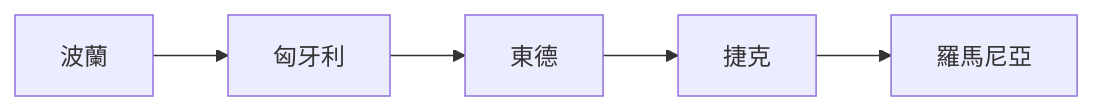
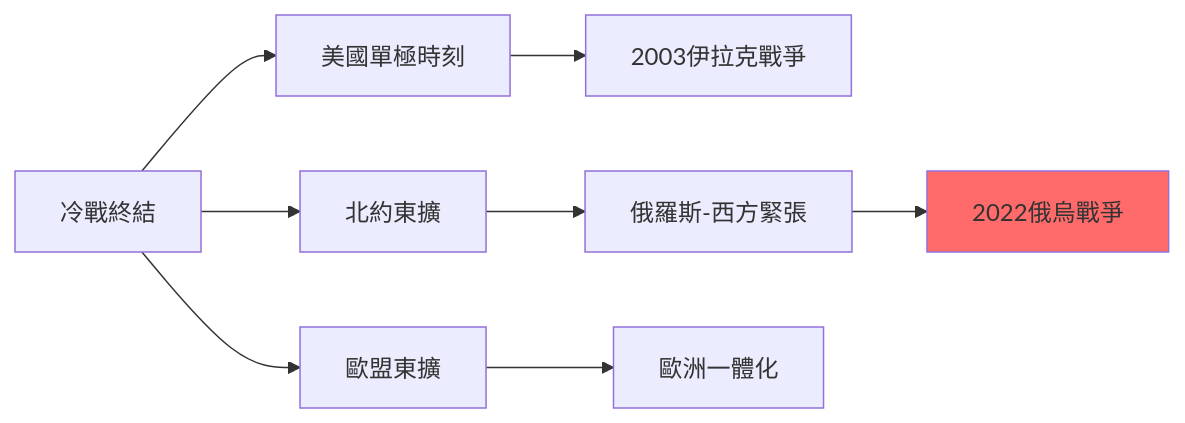
One commit to yip-lgtm/HKU-Harvard-History-Self-Study changed the seventh of 7 diagrams in 01_HKU_Courses/HIST2152_Late_socialism.md. Above: the diagram before and after it, drawn with Mermaid. The commit also changed other lines of this file and 8 other files, not shown here.

````diff
--- a/01_HKU_Courses/HIST2152_Late_socialism.md
+++ b/01_HKU_Courses/HIST2152_Late_socialism.md
@@ -128,7 +272,11 @@
 ```mermaid
-flowchart LR
-    A[波蘭] --> B[匈牙利]
-    B --> C[東德]
-    C --> D[捷克]
-    D --> E[羅馬尼亞]
+graph LR
+    A["冷戰終結"] --> B["美國單極時刻"]
+    A --> C["北約東擴"]
+    A --> D["歐盟東擴"]
+    B --> E["2003伊拉克戰爭"]
+    C --> F["俄羅斯-西方緊張"]
+    D --> G["歐洲一體化"]
+    F --> H["2022俄烏戰爭"]
+    style H fill:#FF6B6B
 ```
````
